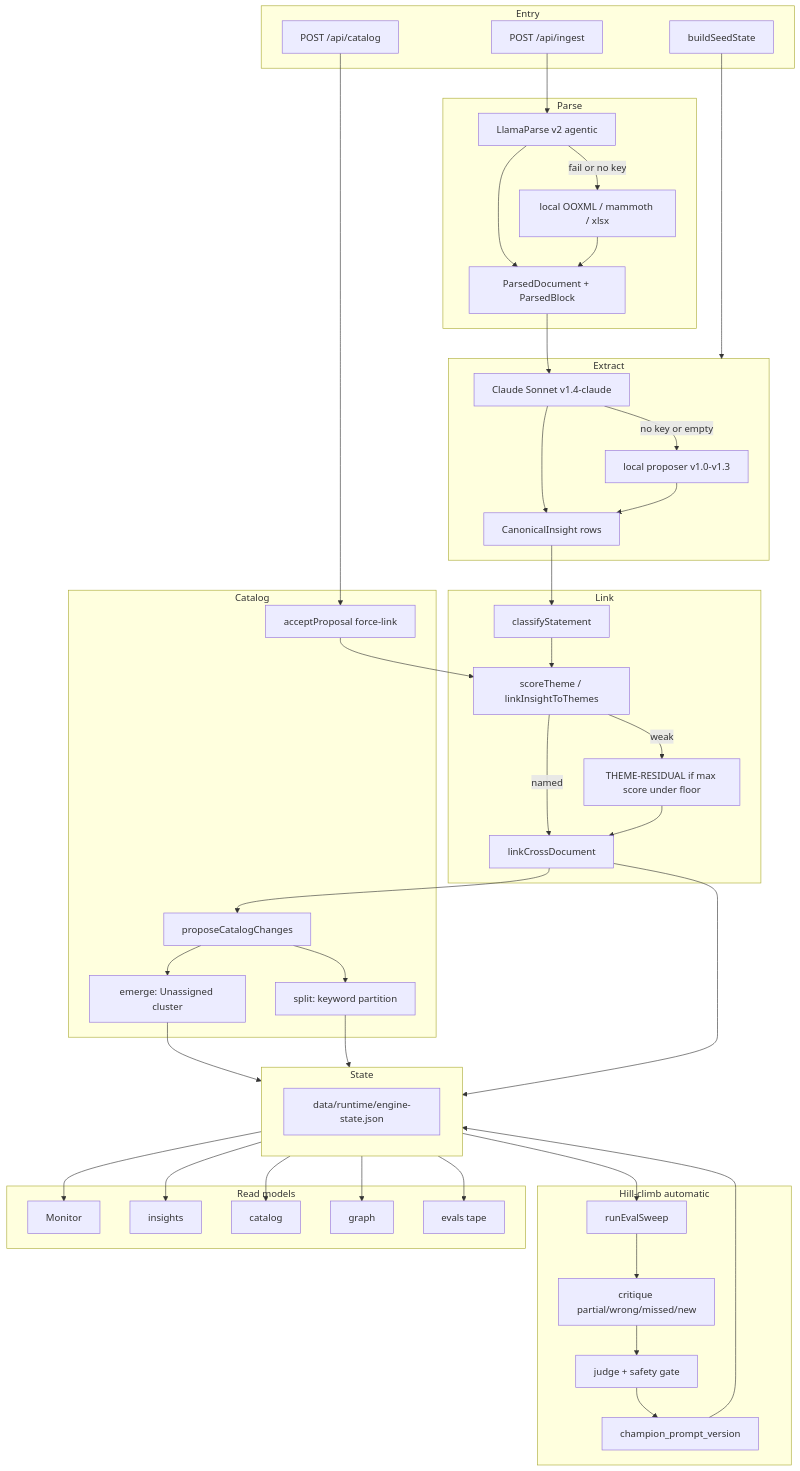
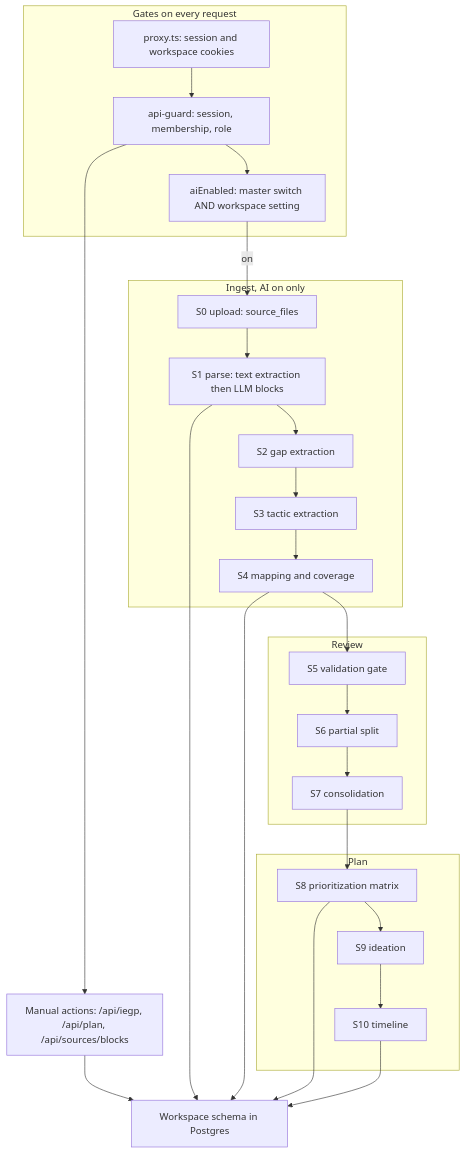
One commit to Shashb21/synapse changed the first of 2 diagrams in docs/sdlc/10-flow-technical.md. Above: the diagram before and after it, drawn with Mermaid. The commit also changed other lines of this file and 10 other files, not shown here.

First line of the commit message:
KAN-21: sdlc architecture, process and flows describe the current product

````diff
--- a/docs/sdlc/10-flow-technical.md
+++ b/docs/sdlc/10-flow-technical.md
@@ -9,82 +7,42 @@
 ```mermaid
 flowchart TB
-  subgraph entry["Entry"]
-    seed["buildSeedState"]
-    post["POST /api/ingest"]
-    accept["POST /api/catalog"]
+  subgraph gate["Gates on every request"]
+    proxy["proxy.ts: session and workspace cookies"]
+    guard["api-guard: session, membership, role"]
+    aisw["aiEnabled: master switch AND workspace setting"]
   end
 
-  subgraph parse["Parse"]
-    llama["LlamaParse v2 agentic"]
-    ooxml["local OOXML / mammoth / xlsx"]
-    blocks["ParsedDocument + ParsedBlock"]
+  subgraph ingest["Ingest, AI on only"]
+    s0["S0 upload: source_files"]
+    s1["S1 parse: text extraction then LLM blocks"]
+    s2["S2 gap extraction"]
+    s3["S3 tactic extraction"]
+    s4["S4 mapping and coverage"]
   end
 
-  subgraph extract["Extract"]
-    claude["Claude Sonnet v1.4-claude"]
-    local["local proposer v1.0-v1.3"]
-    cir["CanonicalInsight rows"]
+  subgraph review["Review"]
+    s5["S5 validation gate"]
+    s6["S6 partial split"]
+    s7["S7 consolidation"]
   end
 
-  subgraph linkStep["Link"]
-    classify["classifyStatement"]
-    score["scoreTheme / linkInsightToThemes"]
-    cross["linkCrossDocument"]
-    residual["THEME-RESIDUAL if max score under floor"]
+  subgraph plan["Plan"]
+    s8["S8 prioritization matrix"]
+    s9["S9 ideation"]
+    s10["S10 timeline"]
   end
 
-  subgraph evolve["Catalog"]
-    propose["proposeCatalogChanges"]
-    emerge["emerge: Unassigned cluster"]
-    split["split: keyword partition"]
-    force["acceptProposal force-link"]
-  end
+  manual["Manual actions: /api/iegp, /api/plan, /api/sources/blocks"]
+  store["Workspace schema in Postgres"]
 
-  subgraph eval["Hill-climb automatic"]
-    sweep["runEvalSweep"]
-    critique["critique partial/wrong/missed/new"]
-    judge["judge + safety gate"]
-    champ["champion_prompt_version"]
-  end
-
-  subgraph persist["State"]
-    json["data/runtime/engine-state.json"]
-  end
-
-  subgraph read["Read models"]
-    monitor["Monitor"]
-    insights["insights"]
-    catalogUI["catalog"]
-    graphUI["graph"]
-    evals["evals tape"]
-  end
-
-  seed --> extract
-  post --> llama
-  llama -->|"fail or no key"| ooxml
-  llama --> blocks
-  ooxml --> blocks
-  blocks --> claude
-  claude -->|"no key or empty"| local
-  claude --> cir
-  local --> cir
-  cir --> classify --> score
-  score -->|named| cross
-  score -->|weak| residual --> cross
-  cross --> propose
-  propose --> emerge
-  propose --> split
-  accept --> force
-  force --> score
-  emerge --> persist
-  split --> persist
-  cross --> persist
-  persist --> sweep
-  sweep --> critique --> judge --> champ
-  champ --> persist
-  persist --> monitor
-  persist --> insights
-  persist --> catalogUI
-  persist --> graphUI
-  persist --> evals
+  proxy --> guard --> aisw
+  aisw -->|on| s0
+  s0 --> s1 --> s2 --> s3 --> s4 --> s5
+  s5 --> s6 --> s7 --> s8 --> s9 --> s10
+  guard --> manual
+  manual --> store
+  s1 --> store
+  s4 --> store
+  s8 --> store
+  s10 --> store
 ```
````
